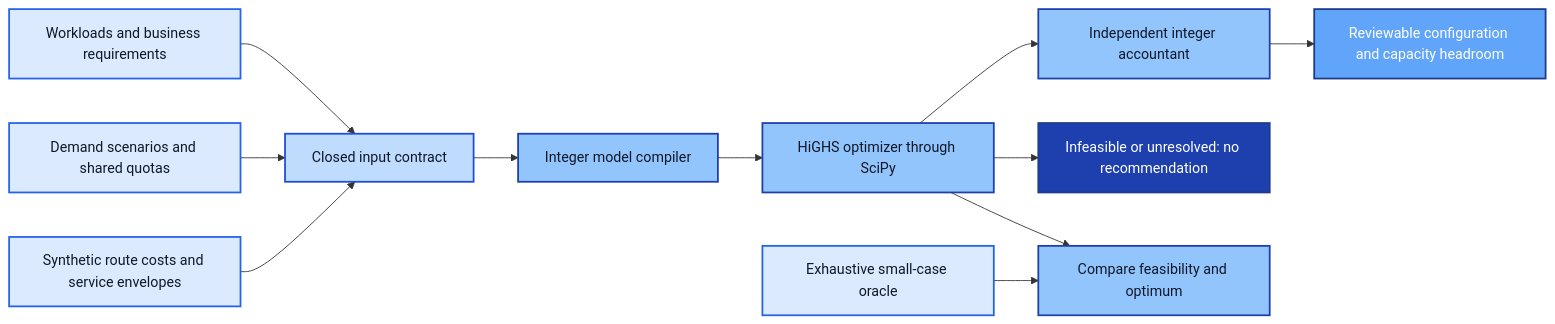
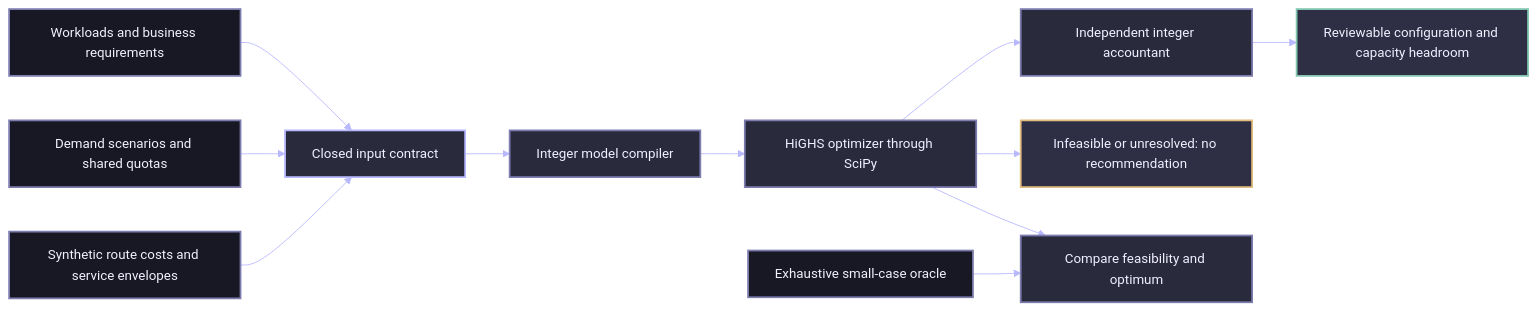
The diagram in README.md (rlbsem/martech-stack-economics), drawn with Mermaid before and after one commit. The commit also changed 2 other files, not shown here.

Commit message:
Apply Groundbreakers visual theme to generated results and architecture

````diff
--- a/README.md
+++ b/README.md
@@ -31,25 +31,26 @@
 ```mermaid
+%%{init: {"theme":"base","themeVariables":{"background":"#10101D","primaryColor":"#2A2A3D","primaryTextColor":"#F0F0FF","primaryBorderColor":"#7C7CAF","lineColor":"#B8B8FF","textColor":"#F0F0FF","secondaryColor":"#181825","tertiaryColor":"#2E2E45","fontFamily":"IBM Plex Sans, Arial, sans-serif","fontSize":"15px","edgeLabelBackground":"#10101D"}}}%%
 flowchart LR
     W[Workloads and business requirements] --> C[Closed input contract]
     S[Demand scenarios and shared quotas] --> C
     P[Synthetic route costs and service envelopes] --> C
     C --> M[Integer model compiler]
     M --> O[HiGHS optimizer through SciPy]
     O --> I[Independent integer accountant]
     I --> R[Reviewable configuration and capacity headroom]
     O --> F[Infeasible or unresolved: no recommendation]
     E[Exhaustive small-case oracle] --> V[Compare feasibility and optimum]
     O --> V
 
-    classDef source fill:#dbeafe,stroke:#2563eb,color:#0f172a,stroke-width:2px;
-    classDef foundation fill:#bfdbfe,stroke:#1d4ed8,color:#0f172a,stroke-width:2px;
-    classDef capability fill:#93c5fd,stroke:#1e40af,color:#0f172a,stroke-width:2px;
-    classDef output fill:#60a5fa,stroke:#1e3a8a,color:#ffffff,stroke-width:2px;
-    classDef alert fill:#1e40af,stroke:#1e3a8a,color:#ffffff,stroke-width:2px;
+    classDef source fill:#181825,stroke:#7C7CAF,color:#F0F0FF,stroke-width:2px;
+    classDef foundation fill:#2A2A3D,stroke:#B8B8FF,color:#F0F0FF,stroke-width:2px;
+    classDef capability fill:#2A2A3D,stroke:#7C7CAF,color:#F0F0FF,stroke-width:2px;
+    classDef output fill:#2E2E45,stroke:#81C5B0,color:#F0F0FF,stroke-width:2px;
+    classDef alert fill:#2E2E45,stroke:#E3BC7F,color:#F0F0FF,stroke-width:2px;
 
     class W,S,P,E source;
     class C foundation;
     class M,O,I,V capability;
     class R output;
     class F alert;
 ```
````
